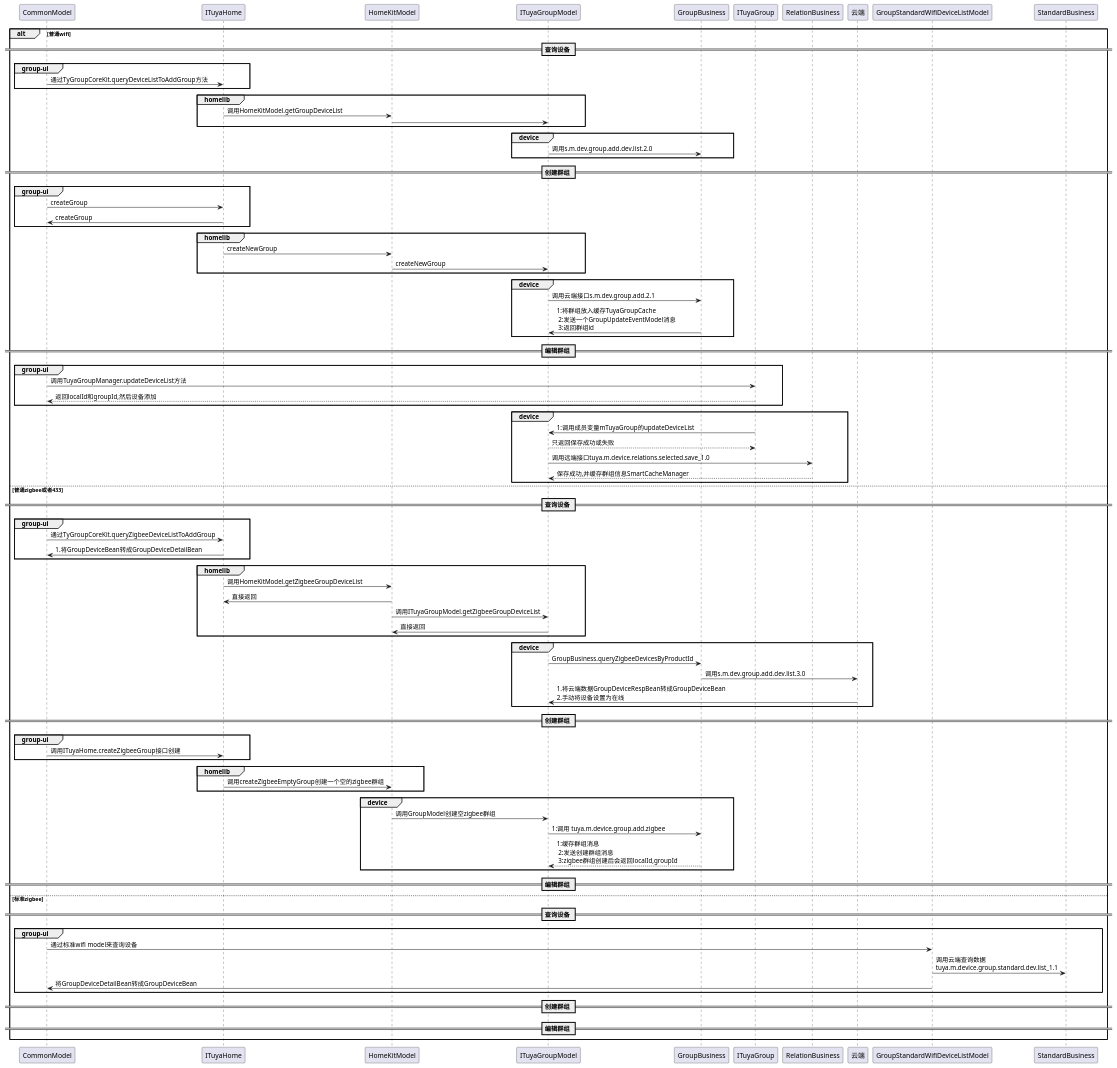
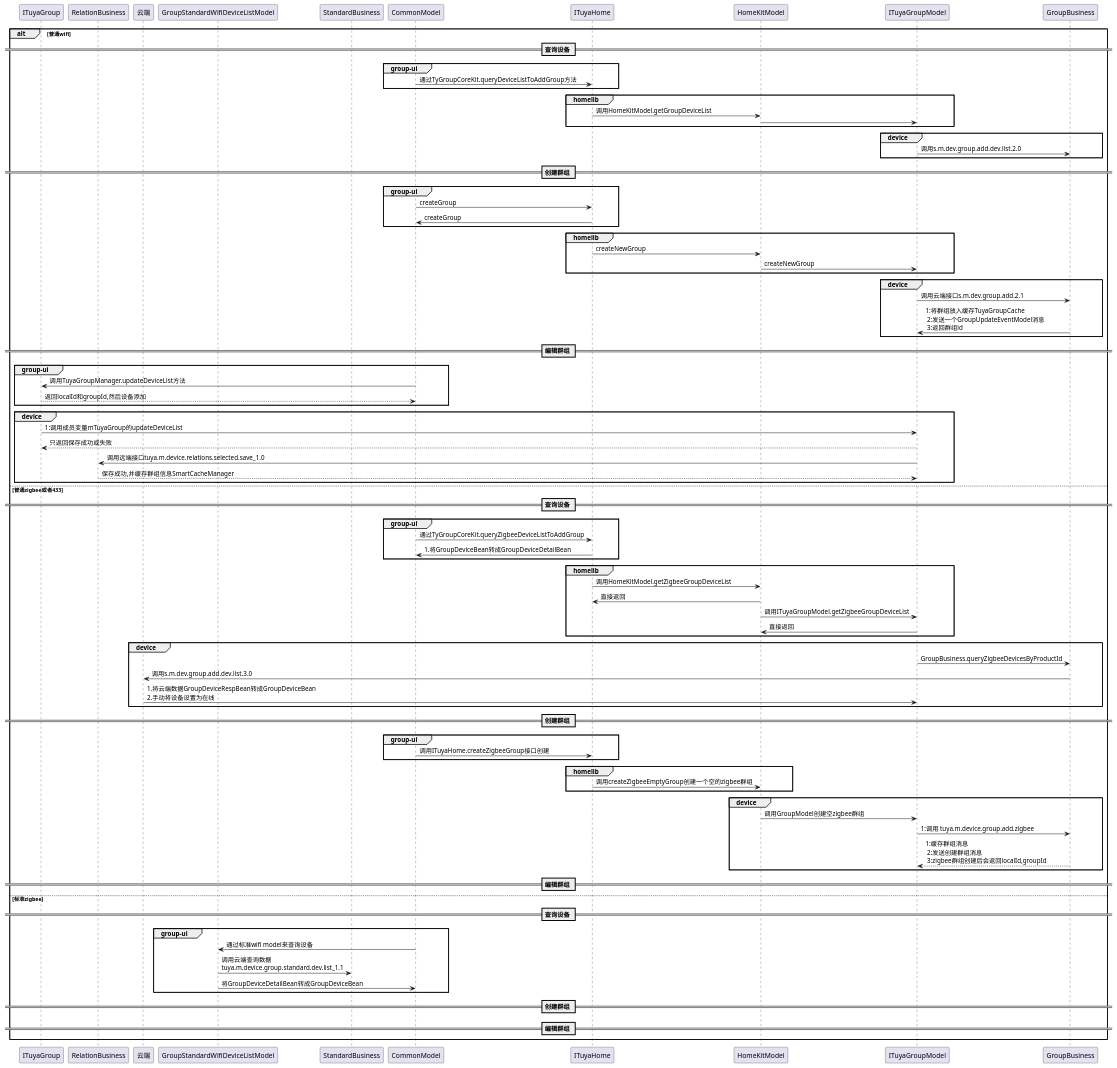
The diagram in uml/tuya/professional/group/群组需求/标准群组.puml (yufns/uml), drawn with PlantUML before and after one commit. The commit also changed 5 other files, not shown here.

```diff
--- a/uml/tuya/professional/group/群组需求/标准群组.puml
+++ b/uml/tuya/professional/group/群组需求/标准群组.puml
@@ -1,94 +1,98 @@
 @startuml
-
+participant CommonModel order 10
+participant ITuyaHome order 20
+participant HomeKitModel order 30
+participant ITuyaGroupModel order 40
+participant GroupBusiness order 1000
 alt 普通wifi
 == 查询设备 ==
     group group-ui
     CommonModel -> ITuyaHome : 通过TyGroupCoreKit.queryDeviceListToAddGroup方法
     end
 
     group homelib
     ITuyaHome -> HomeKitModel : 调用HomeKitModel.getGroupDeviceList
     HomeKitModel -> ITuyaGroupModel
     end
 
     group device
     ITuyaGroupModel -> GroupBusiness : 调用s.m.dev.group.add.dev.list.2.0
     end
 == 创建群组 ==
     group group-ui
     CommonModel -> ITuyaHome : createGroup
     ITuyaHome -> CommonModel : createGroup
     end
 
     group homelib
     ITuyaHome -> HomeKitModel : createNewGroup
     HomeKitModel -> ITuyaGroupModel : createNewGroup
     end
 
     group device
     ITuyaGroupModel -> GroupBusiness : 调用云端接口s.m.dev.group.add.2.1
     GroupBusiness -> ITuyaGroupModel : 1:将群组放入缓存TuyaGroupCache \n 2:发送一个GroupUpdateEventModel消息 \n 3:返回群组id
     end
 
 == 编辑群组 ==
     group group-ui
     CommonModel -> ITuyaGroup : 调用TuyaGroupManager.updateDeviceList方法
     CommonModel <-- ITuyaGroup : 返回localId和groupId,然后设备添加
     end
 
     group device
     ITuyaGroup -> ITuyaGroupModel : 1:调用成员变量mTuyaGroup的updateDeviceList
     ITuyaGroup <-- ITuyaGroupModel : 只返回保存成功或失败
     ITuyaGroupModel -> RelationBusiness : 调用远端接口tuya.m.device.relations.selected.save_1.0
     ITuyaGroupModel <-- RelationBusiness : 保存成功,并缓存群组信息SmartCacheManager
     end
 
 else 普通zigbee或者433
 == 查询设备 ==
     group group-ui
         CommonModel -> ITuyaHome : 通过TyGroupCoreKit.queryZigbeeDeviceListToAddGroup
         ITuyaHome -> CommonModel : 1.将GroupDeviceBean转成GroupDeviceDetailBean
     end
 
     group homelib
         ITuyaHome -> HomeKitModel : 调用HomeKitModel.getZigbeeGroupDeviceList
         HomeKitModel -> ITuyaHome : 直接返回
         HomeKitModel -> ITuyaGroupModel : 调用ITuyaGroupModel.getZigbeeGroupDeviceList
         ITuyaGroupModel -> HomeKitModel : 直接返回
     end
 
     group device
         ITuyaGroupModel -> GroupBusiness : GroupBusiness.queryZigbeeDevicesByProductId
         GroupBusiness -> 云端 : 调用s.m.dev.group.add.dev.list.3.0
         云端 -> ITuyaGroupModel : 1.将云端数据GroupDeviceRespBean转成GroupDeviceBean\n2.手动将设备设置为在线
     end
 == 创建群组 ==
 
     group group-ui
     CommonModel -> ITuyaHome : 调用ITuyaHome.createZigbeeGroup接口创建
     end
 
     group homelib
     ITuyaHome -> HomeKitModel:调用createZigbeeEmptyGroup创建一个空的zigbee群组
     end
 
     group device
     HomeKitModel -> ITuyaGroupModel : 调用GroupModel创建空zigbee群组
     ITuyaGroupModel -> GroupBusiness : 1:调用 tuya.m.device.group.add.zigbee
     ITuyaGroupModel <-- GroupBusiness : 1:缓存群组消息 \n 2:发送创建群组消息  \n 3:zigbee群组创建后会返回localId,groupId
     end
 == 编辑群组 ==
 
 else 标准zigbee
 == 查询设备 ==
     group group-ui
     CommonModel -> GroupStandardWifiDeviceListModel : 通过标准wifi model来查询设备
     GroupStandardWifiDeviceListModel -> StandardBusiness:调用云端查询数据 \ntuya.m.device.group.standard.dev.list_1.1
     GroupStandardWifiDeviceListModel -> CommonModel : 将GroupDeviceDetailBean转成GroupDeviceBean
     end
 
 == 创建群组 ==
 == 编辑群组 ==
 
 end
 @enduml
```
